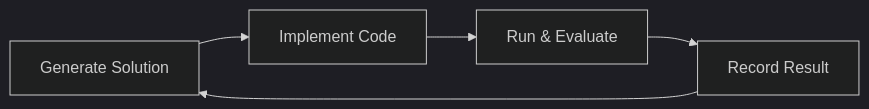
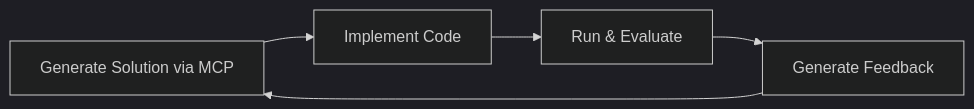
The first of 3 diagrams in docs/evolve/search-strategies.mdx (Leeroo-AI/kapso), drawn with Mermaid (dark theme) before and after one commit. The commit also changed other lines of this file and 18 other files, not shown here.

````diff
--- a/docs/evolve/search-strategies.mdx
+++ b/docs/evolve/search-strategies.mdx
@@ -21,7 +21,7 @@
 ```mermaid
 flowchart LR
-    A[Generate Solution] --> B[Implement Code]
+    A[Generate Solution via MCP] --> B[Implement Code]
     B --> C[Run & Evaluate]
-    C --> D[Record Result]
+    C --> D[Generate Feedback]
     D --> A
 ```
````
